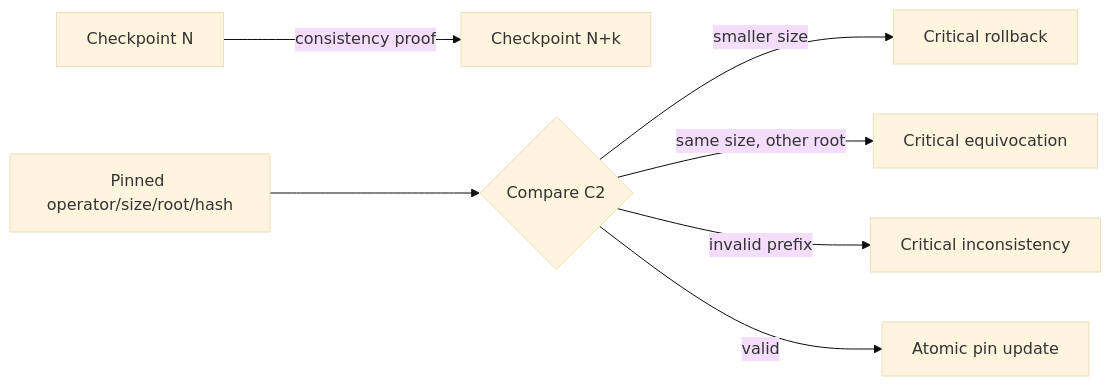
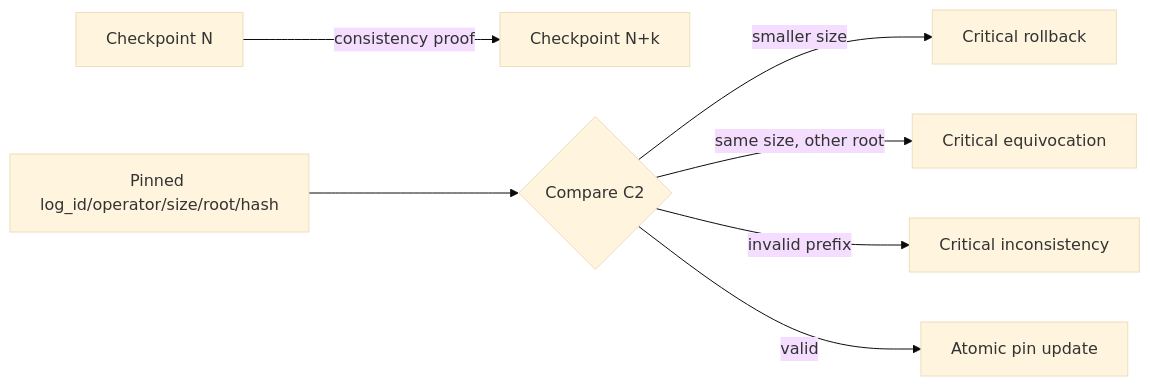
One commit to Truja503/satspath changed the fourth of 6 diagrams in docs/key_transparency.md. Above: the diagram before and after it, drawn with Mermaid (base theme). The commit also changed other lines of this file and 10 other files, not shown here.

````diff
--- a/docs/key_transparency.md
+++ b/docs/key_transparency.md
@@ -69,9 +71,9 @@
 ```mermaid
 flowchart LR
   C1[Checkpoint N] -->|consistency proof| C2[Checkpoint N+k]
-  P[Pinned operator/size/root/hash] --> D{Compare C2}
+  P[Pinned log_id/operator/size/root/hash] --> D{Compare C2}
   D -->|smaller size| R[Critical rollback]
   D -->|same size, other root| S[Critical equivocation]
   D -->|invalid prefix| B[Critical inconsistency]
   D -->|valid| U[Atomic pin update]
 ```
````
